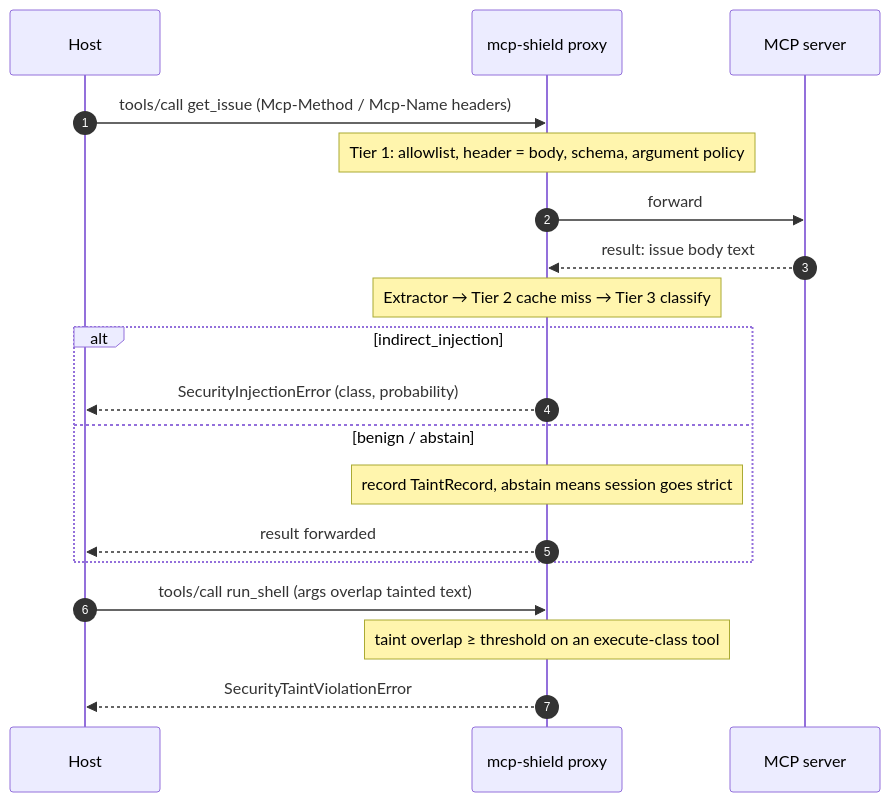
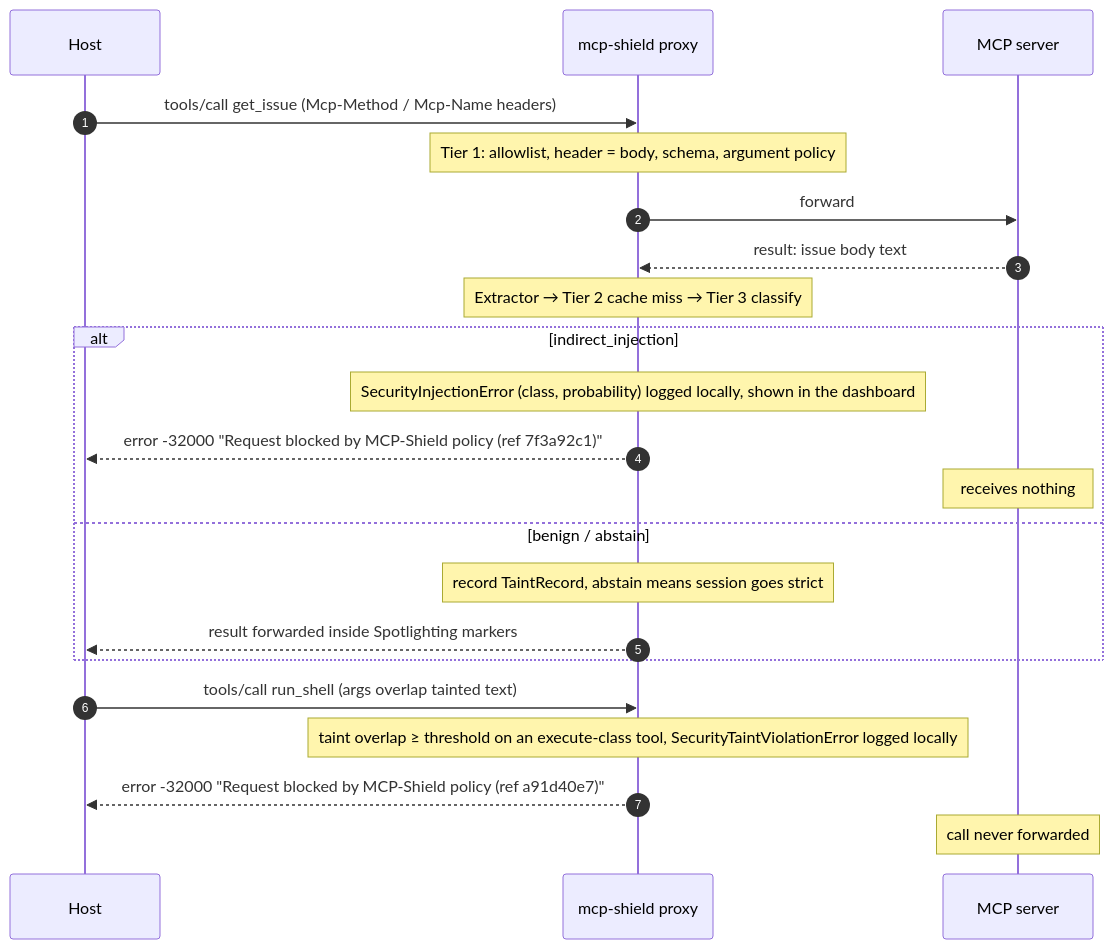
One commit to rishikeshvarma/MCP-Shield changed the third of 4 diagrams in Review-2 - PPT Content.md. Above: the diagram before and after it, drawn with Mermaid. The commit also changed other lines of this file and 10 other files, not shown here.

First line of the commit message:
Fix the review findings: Fig 3 no-oracle, description_poisoning error class, drift

````diff
--- a/Review-2 - PPT Content.md
+++ b/Review-2 - PPT Content.md
@@ -288,21 +288,24 @@
 ```mermaid
 sequenceDiagram
     autonumber
     participant H as Host
     participant P as mcp-shield proxy
     participant S as MCP server
     H->>P: tools/call get_issue (Mcp-Method / Mcp-Name headers)
     Note over P: Tier 1: allowlist, header = body, schema, argument policy
     P->>S: forward
     S-->>P: result: issue body text
     Note over P: Extractor → Tier 2 cache miss → Tier 3 classify
     alt indirect_injection
-        P-->>H: SecurityInjectionError (class, probability)
+        Note over P: SecurityInjectionError (class, probability) logged locally, shown in the dashboard
+        P-->>H: error -32000 "Request blocked by MCP-Shield policy (ref 7f3a92c1)"
+        Note over S: receives nothing
     else benign / abstain
         Note over P: record TaintRecord, abstain means session goes strict
-        P-->>H: result forwarded
+        P-->>H: result forwarded inside Spotlighting markers
     end
     H->>P: tools/call run_shell (args overlap tainted text)
-    Note over P: taint overlap ≥ threshold on an execute-class tool
-    P-->>H: SecurityTaintViolationError
+    Note over P: taint overlap ≥ threshold on an execute-class tool, SecurityTaintViolationError logged locally
+    P-->>H: error -32000 "Request blocked by MCP-Shield policy (ref a91d40e7)"
+    Note over S: call never forwarded
 ```
````
